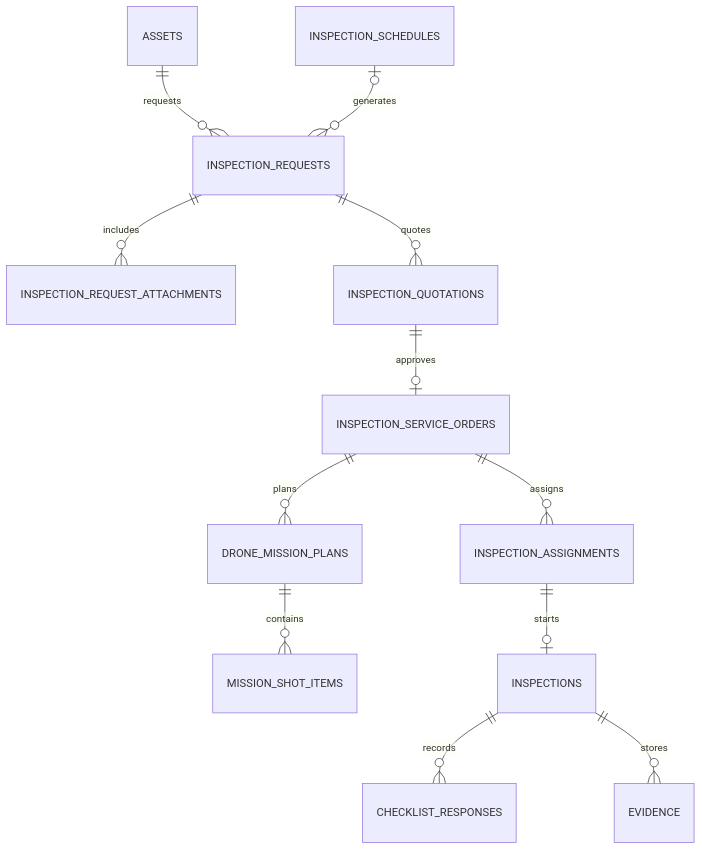
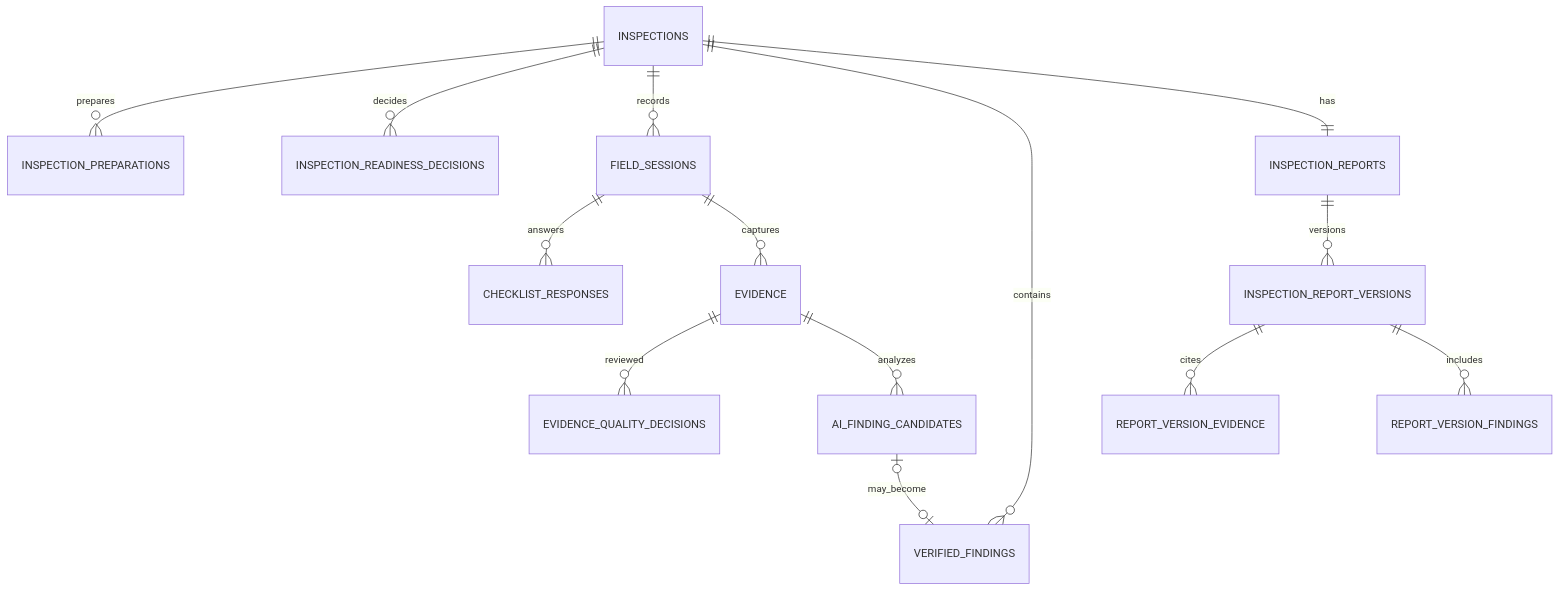
One commit to tungbach12/SmartDroneInspection-Docs changed the second of 3 diagrams in project-reference/database-design.md. Above: the diagram before and after it, drawn with Mermaid. The commit also changed other lines of this file and 39 other files, not shown here.

````diff
--- a/project-reference/database-design.md
+++ b/project-reference/database-design.md
@@ -105,14 +134,16 @@
 ```mermaid
 erDiagram
-    ASSETS ||--o{ INSPECTION_REQUESTS : requests
-    INSPECTION_SCHEDULES o|--o{ INSPECTION_REQUESTS : generates
-    INSPECTION_REQUESTS ||--o{ INSPECTION_REQUEST_ATTACHMENTS : includes
-    INSPECTION_REQUESTS ||--o{ INSPECTION_QUOTATIONS : quotes
-    INSPECTION_QUOTATIONS ||--o| INSPECTION_SERVICE_ORDERS : approves
-    INSPECTION_SERVICE_ORDERS ||--o{ DRONE_MISSION_PLANS : plans
-    DRONE_MISSION_PLANS ||--o{ MISSION_SHOT_ITEMS : contains
-    INSPECTION_SERVICE_ORDERS ||--o{ INSPECTION_ASSIGNMENTS : assigns
-    INSPECTION_ASSIGNMENTS ||--o| INSPECTIONS : starts
-    INSPECTIONS ||--o{ CHECKLIST_RESPONSES : records
-    INSPECTIONS ||--o{ EVIDENCE : stores
+    INSPECTIONS ||--o{ INSPECTION_PREPARATIONS : prepares
+    INSPECTIONS ||--o{ INSPECTION_READINESS_DECISIONS : decides
+    INSPECTIONS ||--o{ FIELD_SESSIONS : records
+    FIELD_SESSIONS ||--o{ CHECKLIST_RESPONSES : answers
+    FIELD_SESSIONS ||--o{ EVIDENCE : captures
+    EVIDENCE ||--o{ EVIDENCE_QUALITY_DECISIONS : reviewed
+    EVIDENCE ||--o{ AI_FINDING_CANDIDATES : analyzes
+    INSPECTIONS ||--o{ VERIFIED_FINDINGS : contains
+    AI_FINDING_CANDIDATES o|--o| VERIFIED_FINDINGS : may_become
+    INSPECTIONS ||--|| INSPECTION_REPORTS : has
+    INSPECTION_REPORTS ||--o{ INSPECTION_REPORT_VERSIONS : versions
+    INSPECTION_REPORT_VERSIONS ||--o{ REPORT_VERSION_EVIDENCE : cites
+    INSPECTION_REPORT_VERSIONS ||--o{ REPORT_VERSION_FINDINGS : includes
 ```
````
